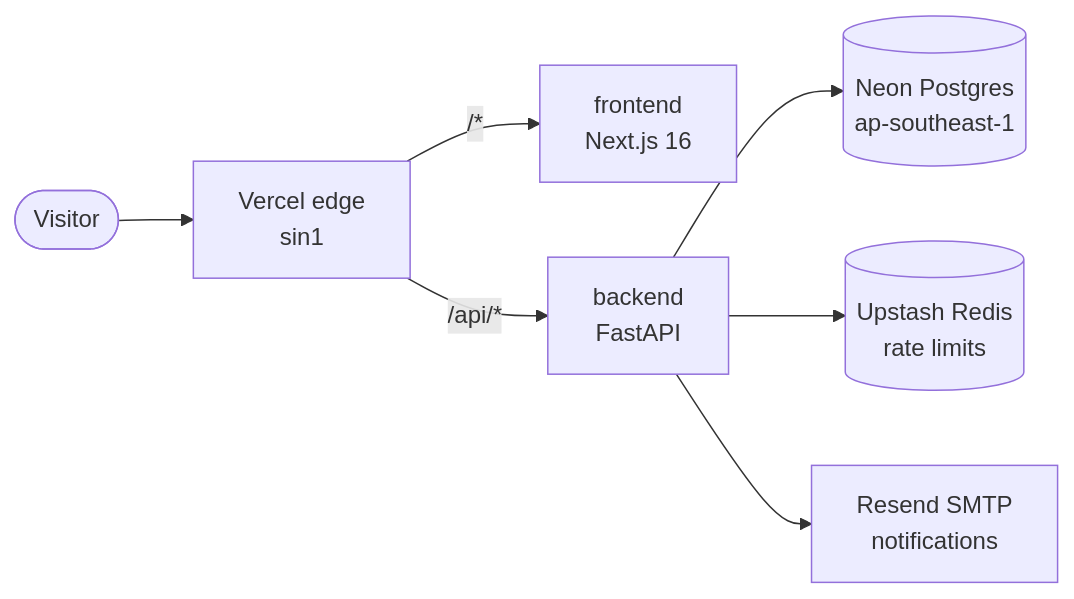
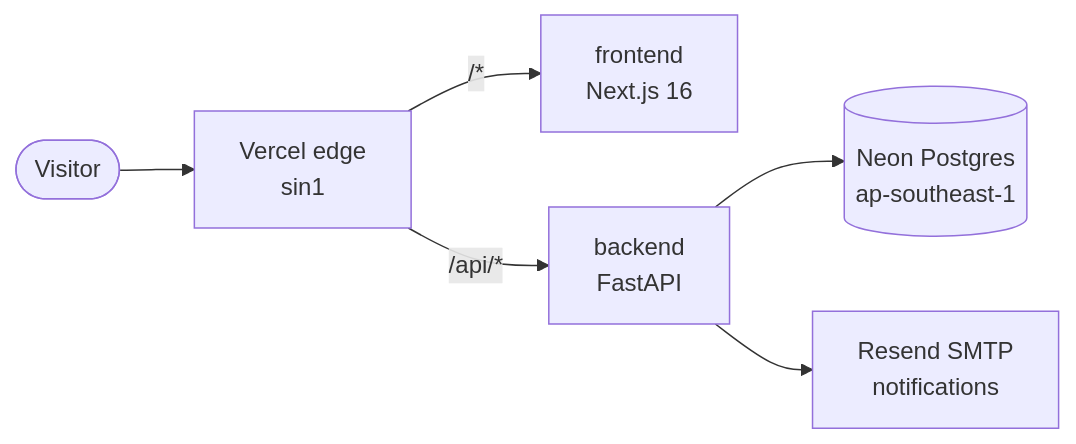
Before and after one commit to Iamnot0/GamechangerInstitute: the diagram in README.md, drawn with Mermaid. The commit also changed other lines of this file and 18 other files, not shown here.

First line of the commit message:
Move rate limiting into Postgres and drop Redis

````diff
--- a/README.md
+++ b/README.md
@@ -38,9 +39,8 @@
 ```mermaid
 flowchart LR
   visitor([Visitor]) --> edge[Vercel edge<br/>sin1]
   edge -- "/*" --> web[frontend<br/>Next.js 16]
   edge -- "/api/*" --> api[backend<br/>FastAPI]
   api --> pg[(Neon Postgres<br/>ap-southeast-1)]
-  api --> redis[(Upstash Redis<br/>rate limits)]
   api --> mail[Resend SMTP<br/>notifications]
 ```
````
